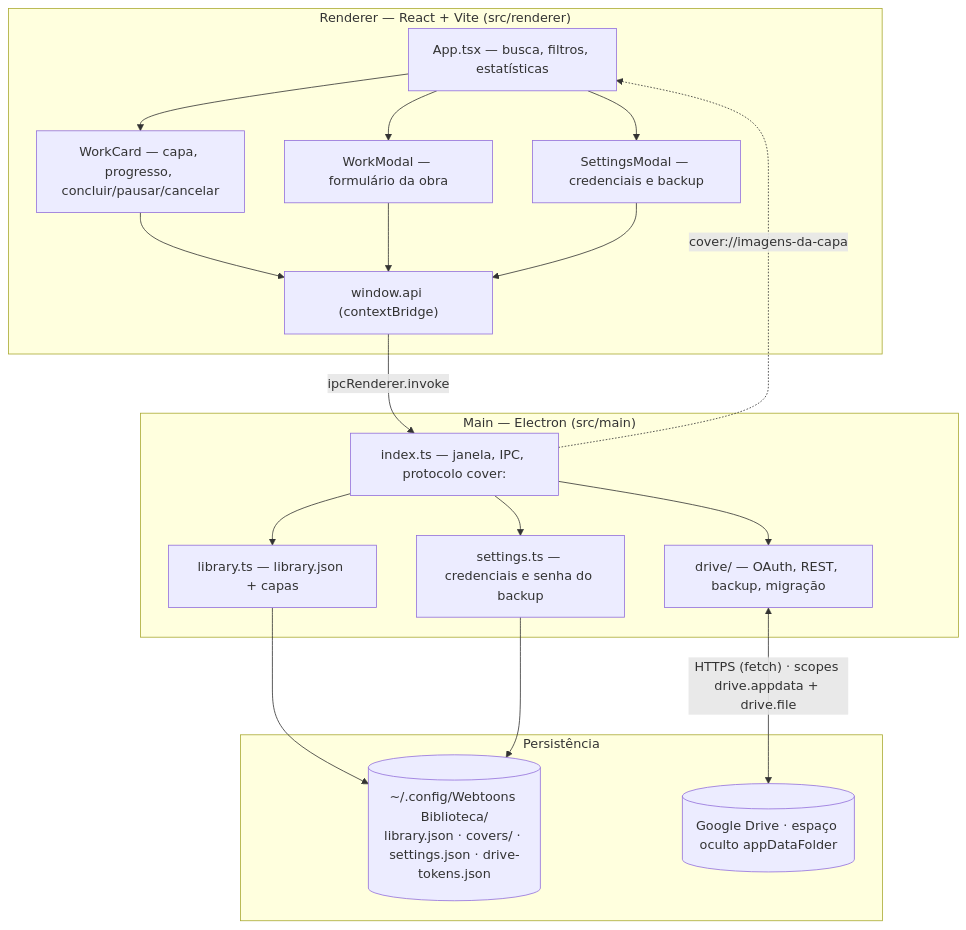
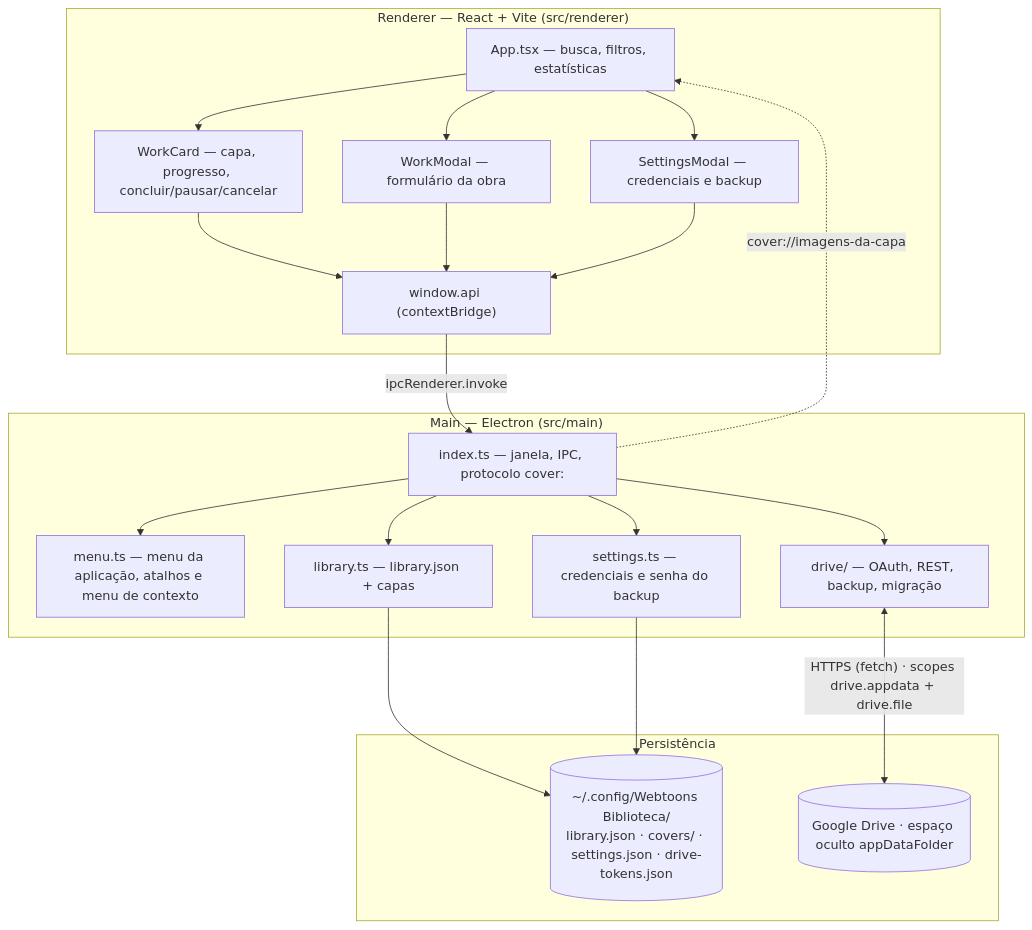
Before and after one commit to chronos-atalante/chronos-biblioteca: the first of 5 diagrams in README.md, drawn with Mermaid. The commit also changed other lines of this file and 26 other files, not shown here.

````diff
--- a/README.md
+++ b/README.md
@@ -146,35 +155,37 @@
 ```mermaid
 flowchart TD
     subgraph RENDERER["Renderer — React + Vite (src/renderer)"]
         UI1["App.tsx — busca, filtros, estatísticas"]
         UI2["WorkCard — capa, progresso, concluir/pausar/cancelar"]
         UI3["WorkModal — formulário da obra"]
         UI4["SettingsModal — credenciais e backup"]
         BRIDGE["window.api (contextBridge)"]
         UI1 --> UI2
         UI1 --> UI3
         UI1 --> UI4
         UI2 --> BRIDGE
         UI3 --> BRIDGE
         UI4 --> BRIDGE
     end
 
     subgraph MAIN["Main — Electron (src/main)"]
         IDX["index.ts — janela, IPC, protocolo cover:"]
+        MENU["menu.ts — menu da aplicação, atalhos e menu de contexto"]
         LIB["library.ts — library.json + capas"]
         SET["settings.ts — credenciais e senha do backup"]
         DRV["drive/ — OAuth, REST, backup, migração"]
     end
 
     subgraph STORAGE["Persistência"]
         LOKAL[("~/.config/Webtoons Biblioteca/<br/>library.json · covers/ · settings.json · drive-tokens.json")]
         DRIVE[("Google Drive · espaço oculto appDataFolder")]
     end
 
     BRIDGE -->|"ipcRenderer.invoke"| IDX
+    IDX --> MENU
     IDX --> LIB --> LOKAL
     IDX --> SET --> LOKAL
     IDX --> DRV
     DRV <-->|"HTTPS (fetch) · scopes drive.appdata + drive.file"| DRIVE
     IDX -.->|"cover://imagens-da-capa"| UI1
 ```
````
